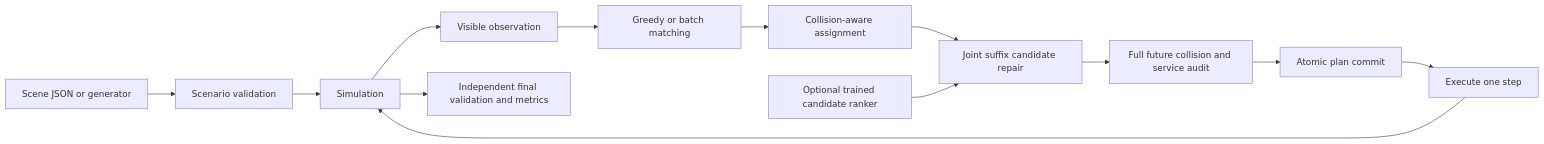
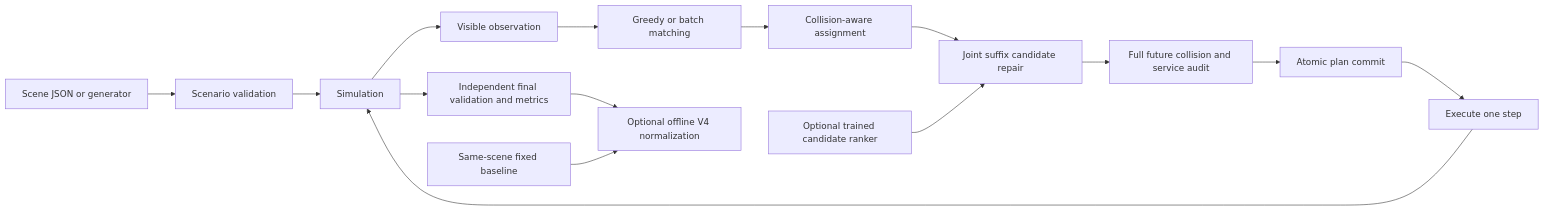
Before and after one commit to Fallen-Crystal/agv-warehouse-scheduling-2026: the diagram in docs/architecture.md, drawn with Mermaid. The commit also changed other lines of this file and 44 other files, not shown here.

````diff
--- a/docs/architecture.md
+++ b/docs/architecture.md
@@ -35,15 +38,17 @@
 ```mermaid
 flowchart LR
   input[Scene JSON or generator] --> domain[Scenario validation]
   domain --> env[Simulation]
   env --> obs[Visible observation]
   obs --> dispatch[Greedy or batch matching]
   dispatch --> assign[Collision-aware assignment]
   assign --> repair[Joint suffix candidate repair]
   model[Optional trained candidate ranker] --> repair
   repair --> checks[Full future collision and service audit]
   checks --> commit[Atomic plan commit]
   commit --> advance[Execute one step]
   advance --> env
   env --> result[Independent final validation and metrics]
+  result --> score[Optional offline V4 normalization]
+  reference[Same-scene fixed baseline] --> score
 ```
````
